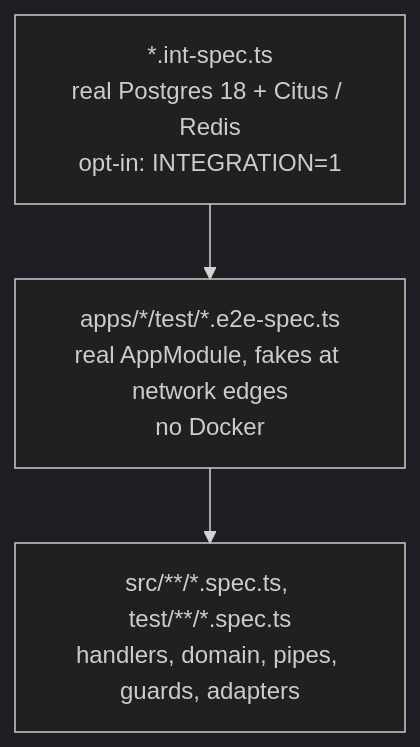
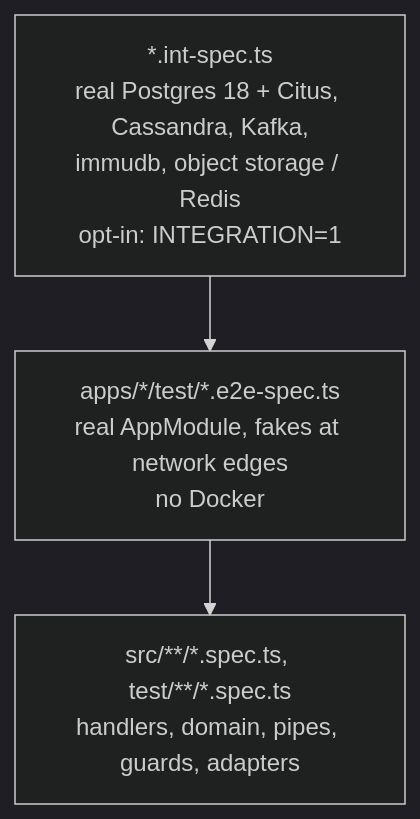
One commit to alonecandies/nestjs-boilerplate changed the diagram in docs/TESTING.md. Above: the diagram before and after it, drawn with Mermaid (dark theme). The commit also changed other lines of this file and 9 other files, not shown here.

````diff
--- a/docs/TESTING.md
+++ b/docs/TESTING.md
@@ -14,7 +14,7 @@
 ```mermaid
 flowchart TB
-  int["*.int-spec.ts<br/>real Postgres 18 + Citus / Redis<br/>opt-in: INTEGRATION=1"]
+  int["*.int-spec.ts<br/>real Postgres 18 + Citus, Cassandra, Kafka,<br/>immudb, object storage / Redis<br/>opt-in: INTEGRATION=1"]
   e2e["apps/*/test/*.e2e-spec.ts<br/>real AppModule, fakes at network edges<br/>no Docker"]
   unit["src/**/*.spec.ts, test/**/*.spec.ts<br/>handlers, domain, pipes, guards, adapters"]
   int --> e2e --> unit
 ```
````
